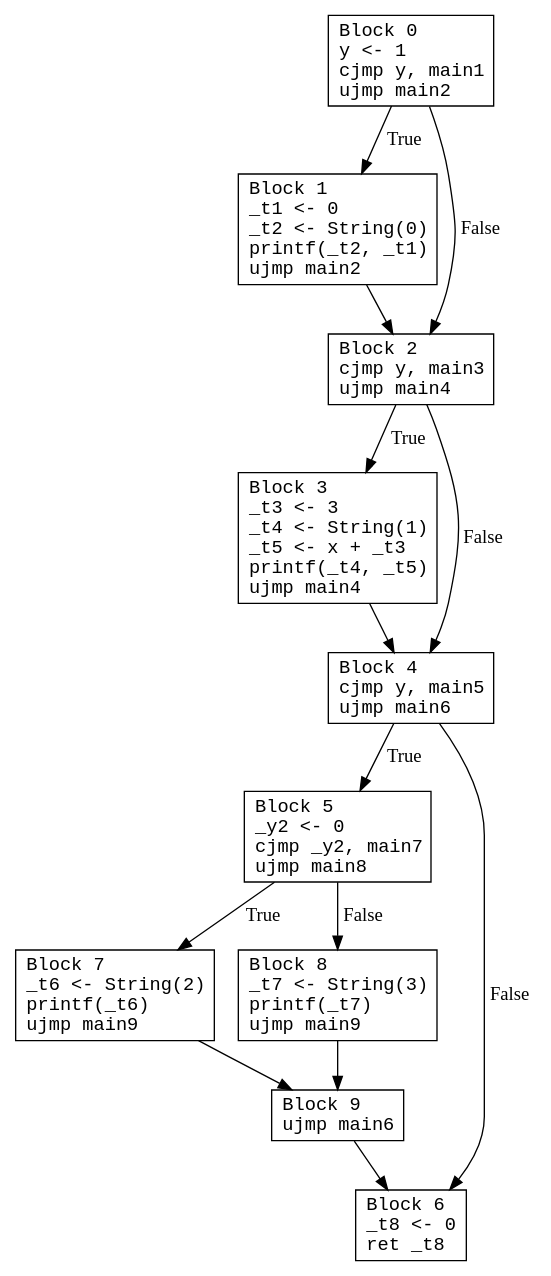
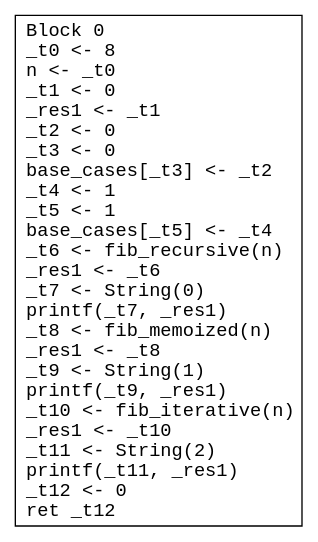
The diagram in main.dot (seanchuck/compiler-s25), drawn with Graphviz before and after one commit. The commit also changed 14 other files, not shown here.

```diff
--- a/main.dot
+++ b/main.dot
@@ -1,26 +1,4 @@
 digraph CFG {
   node [shape=box fontname="monospace"];
-  0 [label="Block 0\ly <- 1\lcjmp y, main1\lujmp main2\l"];
-  1 [label="Block 1\l_t1 <- 0\l_t2 <- String(0)\lprintf(_t2, _t1)\lujmp main2\l"];
-  2 [label="Block 2\lcjmp y, main3\lujmp main4\l"];
-  3 [label="Block 3\l_t3 <- 3\l_t4 <- String(1)\l_t5 <- x + _t3\lprintf(_t4, _t5)\lujmp main4\l"];
-  4 [label="Block 4\lcjmp y, main5\lujmp main6\l"];
-  5 [label="Block 5\l_y2 <- 0\lcjmp _y2, main7\lujmp main8\l"];
-  6 [label="Block 6\l_t8 <- 0\lret _t8\l"];
-  7 [label="Block 7\l_t6 <- String(2)\lprintf(_t6)\lujmp main9\l"];
-  8 [label="Block 8\l_t7 <- String(3)\lprintf(_t7)\lujmp main9\l"];
-  9 [label="Block 9\lujmp main6\l"];
-  0 -> 1 [label="True"];
-  0 -> 2 [label="False"];
-  1 -> 2 [label=""];
-  2 -> 4 [label="False"];
-  2 -> 3 [label="True"];
-  3 -> 4 [label=""];
-  4 -> 5 [label="True"];
-  4 -> 6 [label="False"];
-  5 -> 7 [label="True"];
-  5 -> 8 [label="False"];
-  7 -> 9 [label=""];
-  8 -> 9 [label=""];
-  9 -> 6 [label=""];
+  0 [label="Block 0\l_t0 <- 8\ln <- _t0\l_t1 <- 0\l_res1 <- _t1\l_t2 <- 0\l_t3 <- 0\lbase_cases[_t3] <- _t2\l_t4 <- 1\l_t5 <- 1\lbase_cases[_t5] <- _t4\l_t6 <- fib_recursive(n)\l_res1 <- _t6\l_t7 <- String(0)\lprintf(_t7, _res1)\l_t8 <- fib_memoized(n)\l_res1 <- _t8\l_t9 <- String(1)\lprintf(_t9, _res1)\l_t10 <- fib_iterative(n)\l_res1 <- _t10\l_t11 <- String(2)\lprintf(_t11, _res1)\l_t12 <- 0\lret _t12\l"];
 }
```
